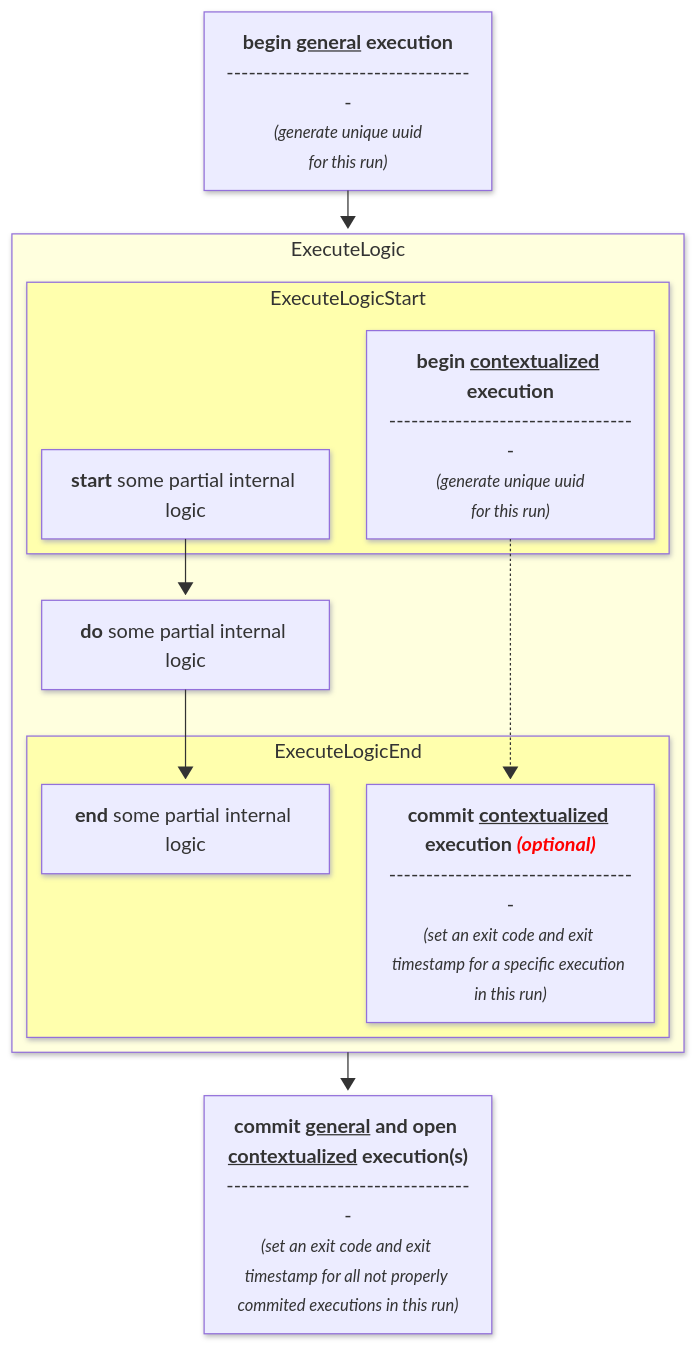
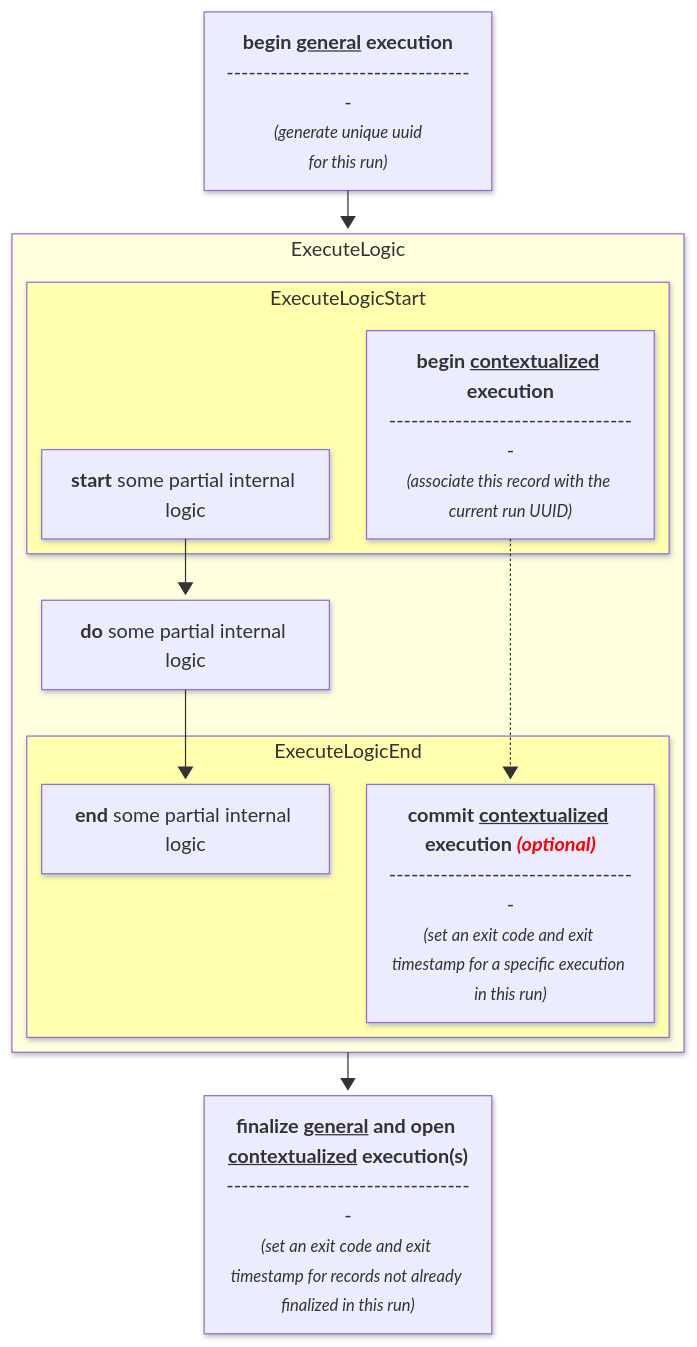
Before and after one commit to burdadirect/symfony-bundle-basics: the diagram in README-ExecutionLogger.md, drawn with Mermaid. The commit also changed other lines of this file, not shown here.

````diff
--- a/README-ExecutionLogger.md
+++ b/README-ExecutionLogger.md
@@ -179,44 +287,44 @@
 ```mermaid
 ---
 config:
   look: neo
   layout: elk
 ---
 flowchart TB;
     GeneralBegin["<b>begin <u>general</u> execution</b>
 ----------------------------------
 <small><i>(generate unique uuid<br />for this run)</i></small>"]
-    GeneralCommit["<b>commit <u>general</u> and open <u>contextualized</u> execution(s)</b>
+    GeneralCommit["<b>finalize <u>general</u> and open <u>contextualized</u> execution(s)</b>
 ----------------------------------
-<small><i>(set an exit code and exit timestamp for all not properly commited executions in this run)</i></small>"]
+<small><i>(set an exit code and exit timestamp for records not already finalized in this run)</i></small>"]
     
     GeneralBegin --> ExecuteLogic --> GeneralCommit
     StartInternalExecuteLogic --> DoInternalExecuteLogic --> EndInternalExecuteLogic
     ContextualizedBegin -.-> ContextualizedCommit
 
     subgraph ExecuteLogic
         direction TB
 
         ExecuteLogicStart
         DoInternalExecuteLogic["<b>do</b> some partial internal logic"]
         ExecuteLogicEnd
     end
 
     subgraph ExecuteLogicStart
         direction LR
         StartInternalExecuteLogic["<b>start</b> some partial internal logic"]
         ContextualizedBegin["<b>begin <u>contextualized</u> execution</b>
 ----------------------------------
-<small><i>(generate unique uuid<br />for this run)</i></small>"]
+<small><i>(associate this record with the current run UUID)</i></small>"]
     end
     style ExecuteLogicStart fill:#ffffad
 
     subgraph ExecuteLogicEnd
         direction LR
         EndInternalExecuteLogic["<b>end</b> some partial internal logic"]
         ContextualizedCommit["<b>commit <u>contextualized</u> execution <i style="color:#FF0000;">(optional)</i></b>
 ----------------------------------
 <small><i>(set an exit code and exit timestamp for a specific execution in this run)</i></small>"]    
     end
     style ExecuteLogicEnd fill:#ffffad
 ```
````
